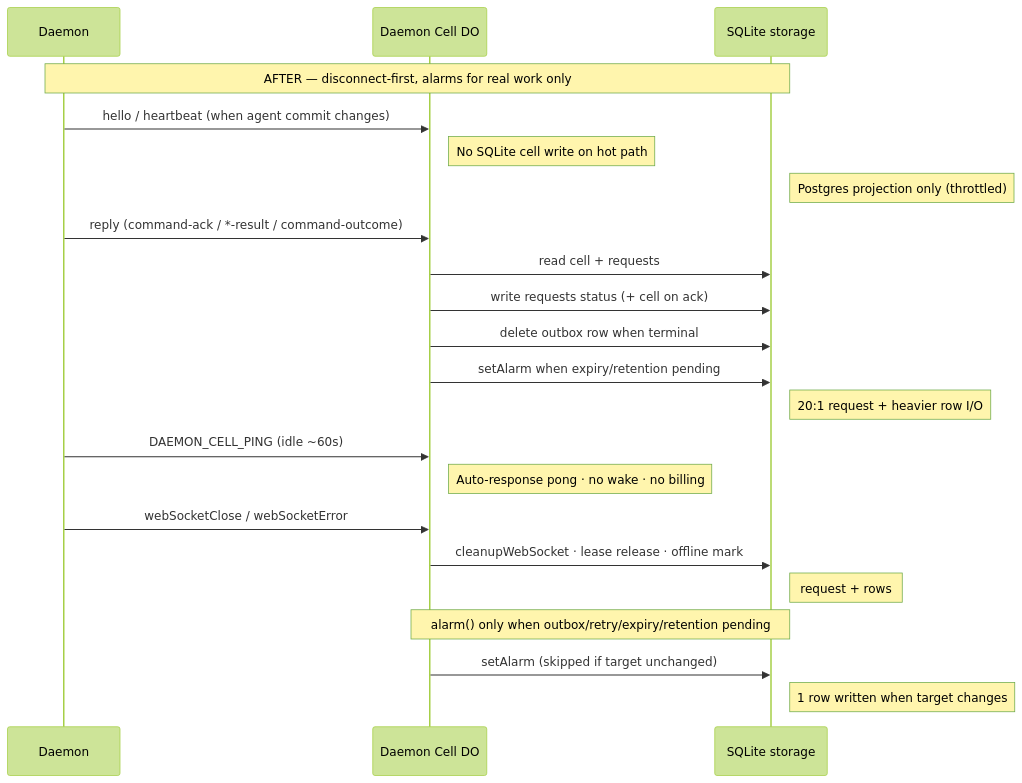
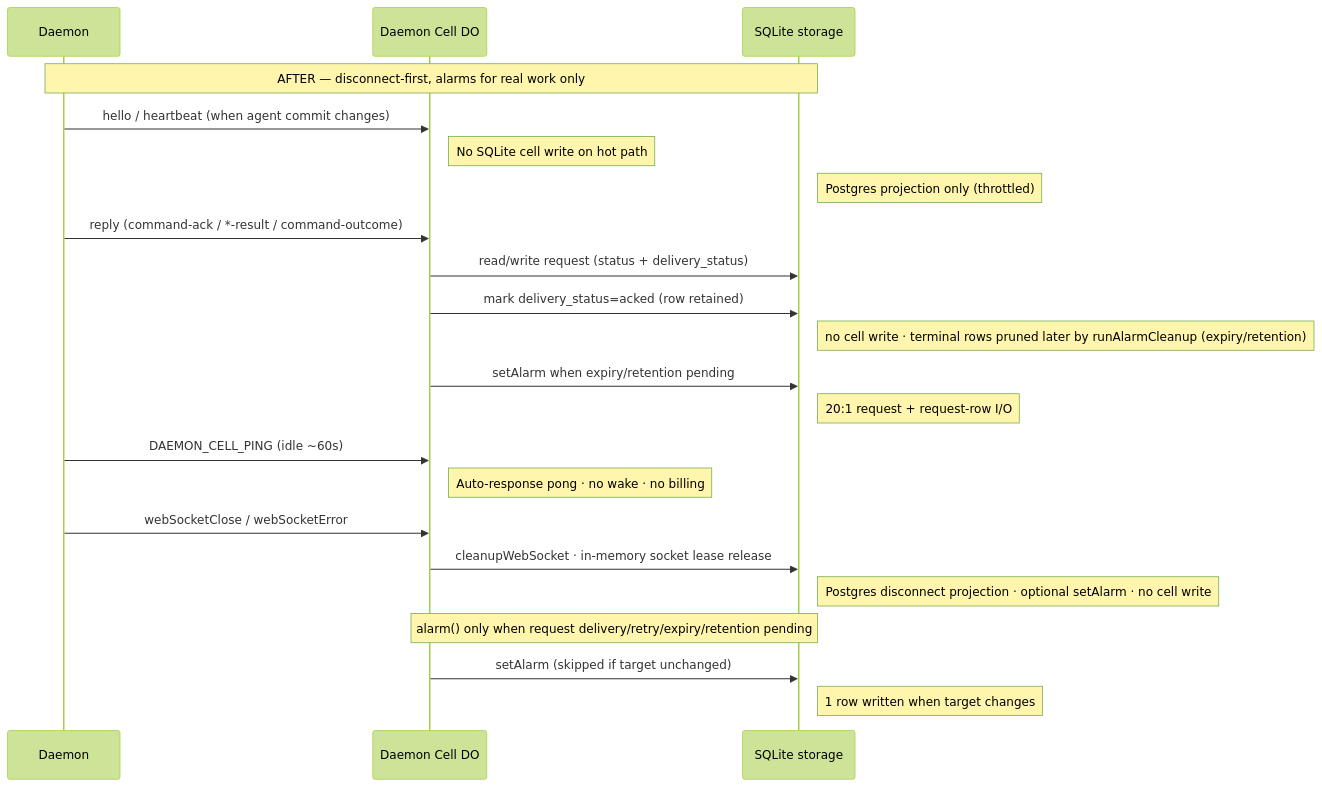
One commit to TurboPanel/website changed the third of 8 diagrams in docs/architecture/daemon-cell.mdx. Above: the diagram before and after it, drawn with Mermaid (forest theme). The commit also changed other lines of this file, not shown here.

````diff
--- a/docs/architecture/daemon-cell.mdx
+++ b/docs/architecture/daemon-cell.mdx
@@ -201,30 +207,30 @@
 ```mermaid
 sequenceDiagram
     participant Daemon
     participant DO as Daemon Cell DO
     participant Storage as SQLite storage
 
     Note over Daemon,Storage: AFTER — disconnect-first, alarms for real work only
 
     Daemon->>DO: hello / heartbeat (when agent commit changes)
     Note right of DO: No SQLite cell write on hot path
     Note right of Storage: Postgres projection only (throttled)
 
     Daemon->>DO: reply (command-ack / *-result / command-outcome)
-    DO->>Storage: read cell + requests
-    DO->>Storage: write requests status (+ cell on ack)
-    DO->>Storage: delete outbox row when terminal
+    DO->>Storage: read/write request (status + delivery_status)
+    DO->>Storage: mark delivery_status=acked (row retained)
+    Note right of Storage: no cell write · terminal rows pruned later by runAlarmCleanup (expiry/retention)
     DO->>Storage: setAlarm when expiry/retention pending
-    Note right of Storage: 20:1 request + heavier row I/O
+    Note right of Storage: 20:1 request + request-row I/O
 
     Daemon->>DO: DAEMON_CELL_PING (idle ~60s)
     Note right of DO: Auto-response pong · no wake · no billing
 
     Daemon->>DO: webSocketClose / webSocketError
-    DO->>Storage: cleanupWebSocket · lease release · offline mark
-    Note right of Storage: request + rows
+    DO->>Storage: cleanupWebSocket · in-memory socket lease release
+    Note right of Storage: Postgres disconnect projection · optional setAlarm · no cell write
 
-    Note over DO,Storage: alarm() only when outbox/retry/expiry/retention pending
+    Note over DO,Storage: alarm() only when request delivery/retry/expiry/retention pending
     DO->>Storage: setAlarm (skipped if target unchanged)
     Note right of Storage: 1 row written when target changes
 ```
````
